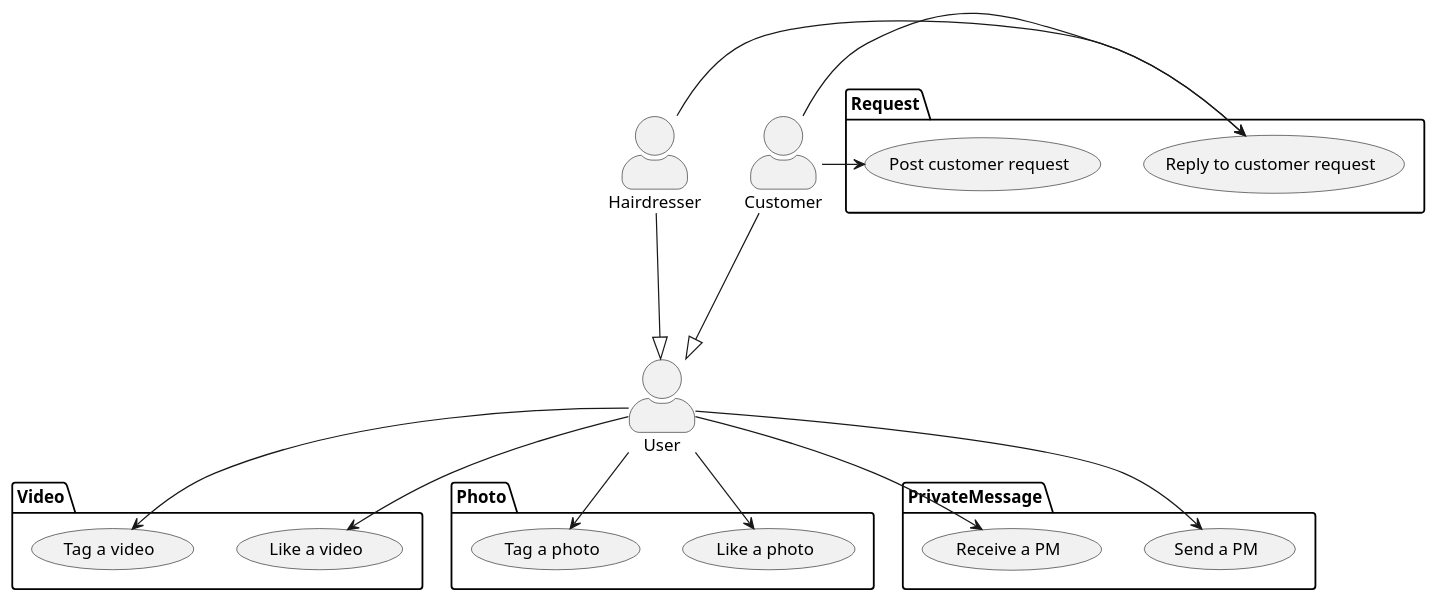
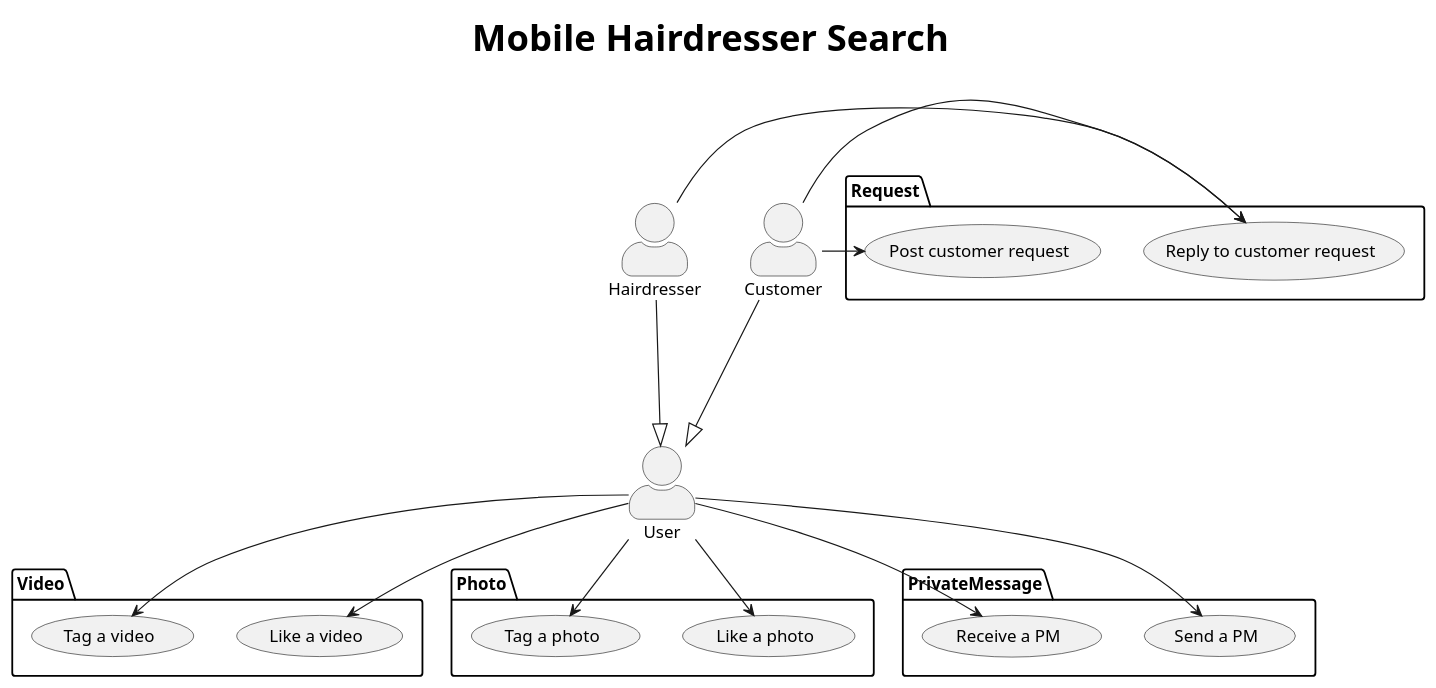
Before and after one commit to serhatci/mobile-hairdresser: the diagram in architecture/use-case.puml, drawn with PlantUML.

Commit message:
Add title

```diff
--- a/architecture/use-case.puml
+++ b/architecture/use-case.puml
@@ -1,43 +1,47 @@
 @startuml
 
 skinparam actorStyle awesome
+
+skinparam TitleFontSize 30
+
+Title: Mobile Hairdresser Search
 
 actor "Hairdresser"
 actor "Customer"
 actor "User"
 
 package Request {
   usecase "Post customer request" as UC1
   usecase "Reply to customer request" as UC2
 }
 
 package Video {
   usecase "Like a video" as UC3
   usecase "Tag a video" as UC4
 }
 
 package Photo {
   usecase "Like a photo" as UC5
   usecase "Tag a photo" as UC6
 }
 
 package PrivateMessage {
   usecase "Send a PM" as UC7
   usecase "Receive a PM" as UC8
 }
 
 Hairdresser ---|> User
 Customer ---|> User
 
 User --> UC3
 User --> UC4
 User --> UC5
 User --> UC6
 User --> UC7
 User --> UC8
 
 Hairdresser -> UC2
 Customer -> UC1
 Customer -> UC2
 
 @enduml
```
